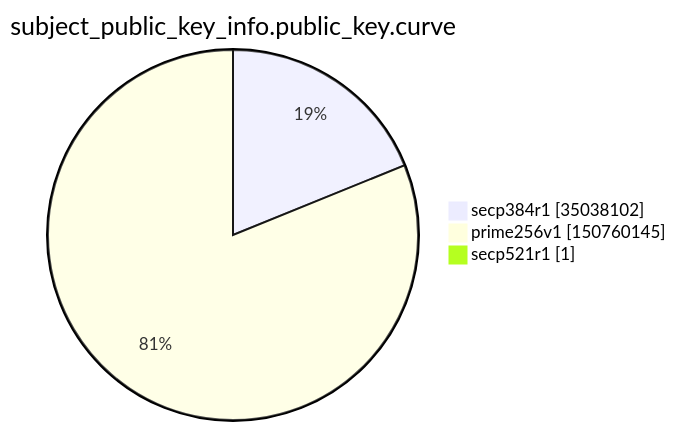
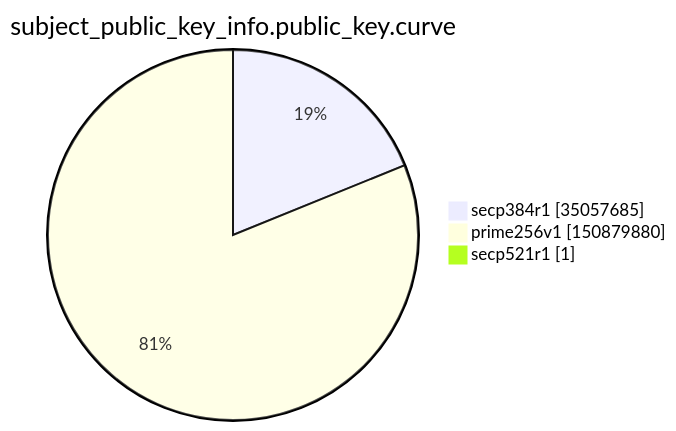
Before and after one commit to christiankrug/ctmonitor_visualization: the ninth of 15 diagrams in argon2022/README.md, drawn with Mermaid. The commit also changed other lines of this file, not shown here.

````diff
--- a/argon2022/README.md
+++ b/argon2022/README.md
@@ -2765,7 +2765,7 @@
 ```mermaid
 pie showData
 title subject_public_key_info.public_key.curve
-"secp384r1" :35038102
-"prime256v1" :150760145
+"secp384r1" :35057685
+"prime256v1" :150879880
 "secp521r1" :1
 ```
````
